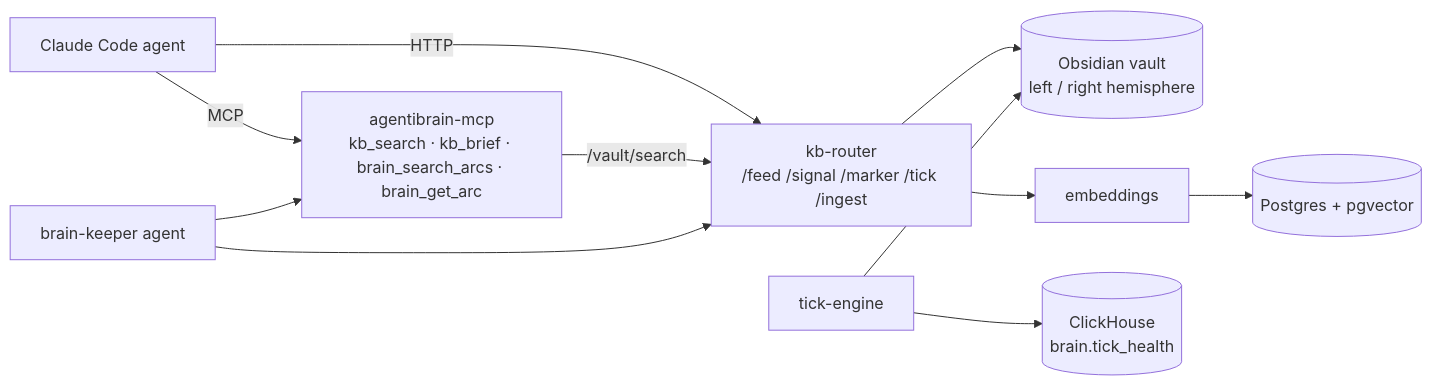
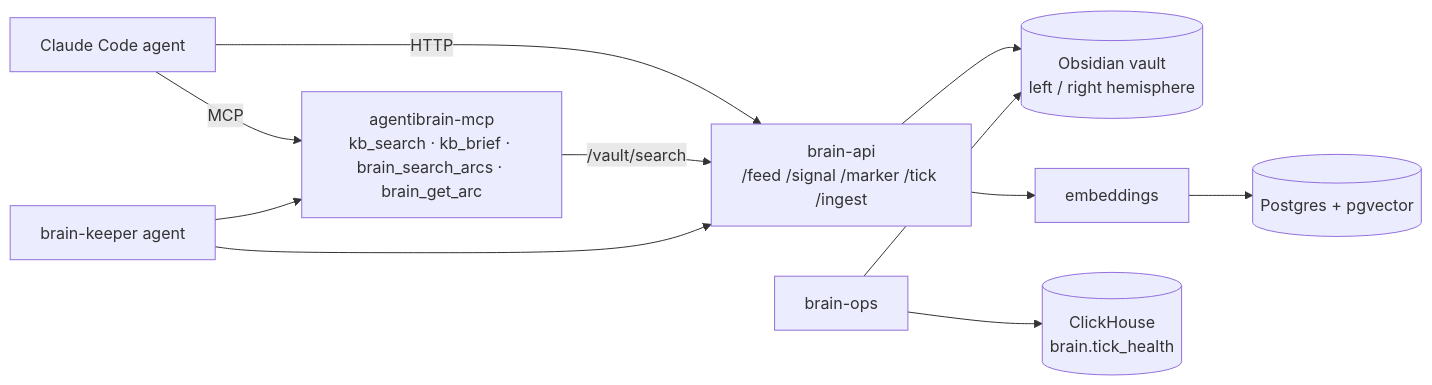
One commit to the-cloud-clockwork/agentibrain-kernel changed the diagram in index.md. Above: the diagram before and after it, drawn with Mermaid. The commit also changed other lines of this file and 94 other files, not shown here.

First line of the commit message:
rename: kb-router → brain-api, brain-cron → brain-ops, tick-engine → brain-ops

````diff
--- a/index.md
+++ b/index.md
@@ -31,13 +31,13 @@
 ```mermaid
 flowchart LR
-    Agent["Claude Code agent"] -->|HTTP| KB["kb-router\n/feed /signal /marker /tick /ingest"]
+    Agent["Claude Code agent"] -->|HTTP| KB["brain-api\n/feed /signal /marker /tick /ingest"]
     Agent -->|MCP| MCP["agentibrain-mcp\nkb_search · kb_brief · brain_search_arcs · brain_get_arc"]
     MCP -->|/vault/search| KB
     KB --> Vault[("Obsidian vault\nleft / right hemisphere")]
     KB --> Embed["embeddings"]
     Embed --> PG[("Postgres + pgvector")]
-    Tick["tick-engine"] --> CH[("ClickHouse\nbrain.tick_health")]
+    Tick["brain-ops"] --> CH[("ClickHouse\nbrain.tick_health")]
     Tick --> Vault
     Keeper["brain-keeper agent"] --> KB
     Keeper --> MCP
 ```
````
